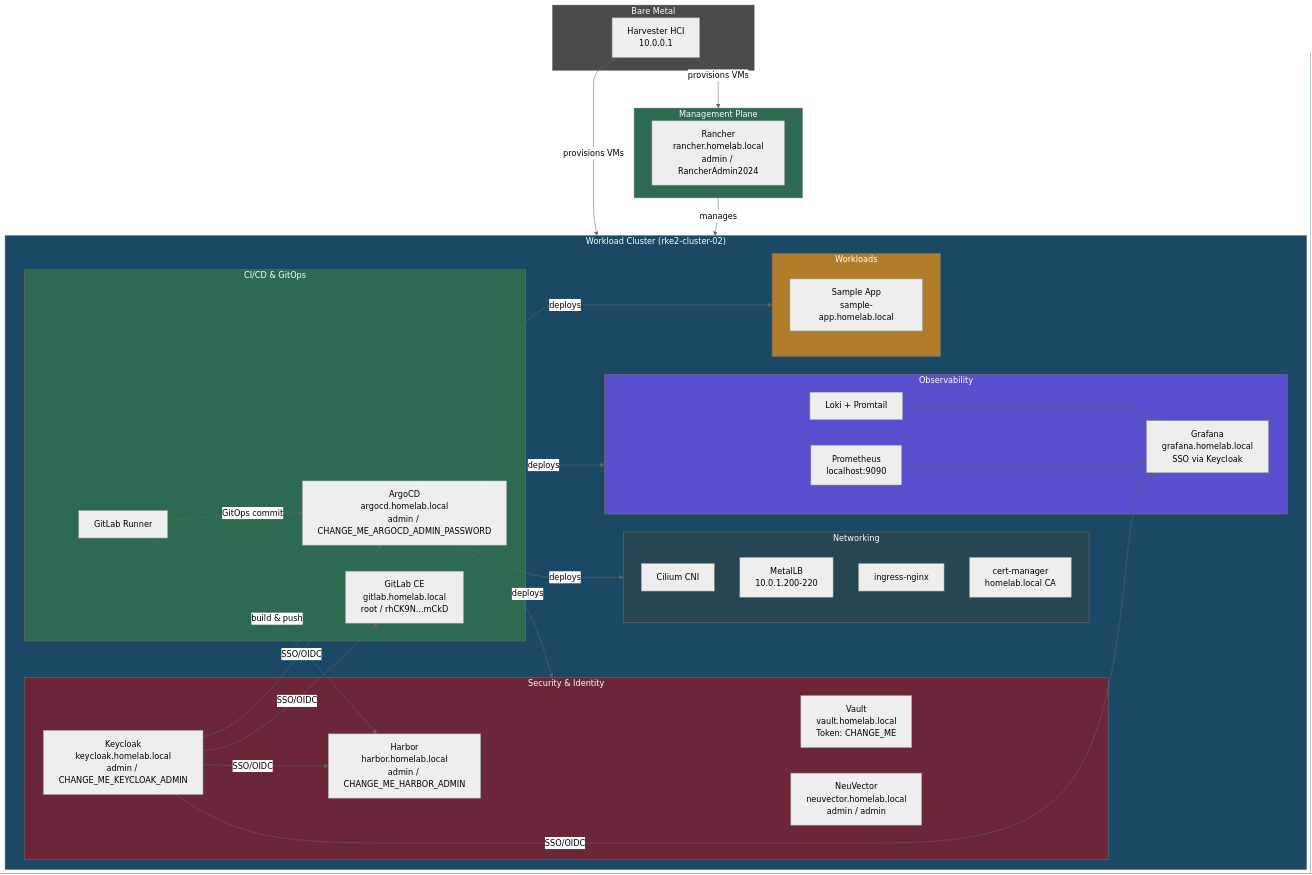
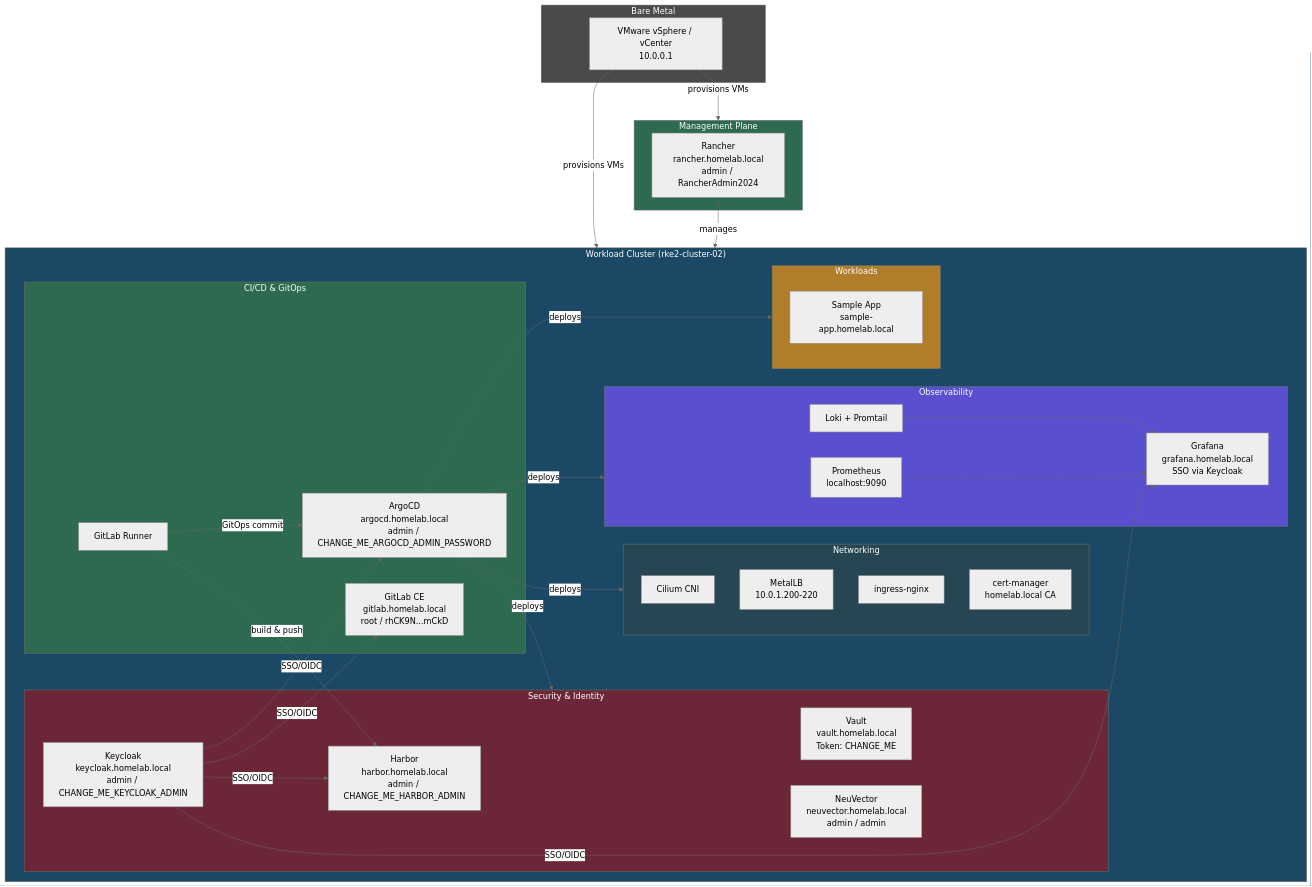
The fifth of 9 diagrams in README.md (kratos81/production-homelab), drawn with Mermaid (neutral theme) before and after one commit. The commit also changed other lines of this file and 14 other files, not shown here.

First line of the commit message:
Adapt infrastructure for VMware vSphere / vCenter

````diff
--- a/README.md
+++ b/README.md
@@ -356,60 +356,60 @@
 ```mermaid
 flowchart TB
     subgraph HW["Bare Metal"]
-        Harvester["Harvester HCI<br/>10.0.0.1"]
+        Harvester["VMware vSphere / vCenter<br/>10.0.0.1"]
     end
 
     subgraph Mgmt["Management Plane"]
         Rancher["Rancher<br/>rancher.homelab.local<br/>admin / RancherAdmin2024"]
     end
 
     subgraph Cluster["Workload Cluster (rke2-cluster-02)"]
         subgraph Net["Networking"]
             Cilium["Cilium CNI"]
             MetalLB["MetalLB<br/>10.0.1.200-220"]
             IngressNginx["ingress-nginx"]
             CertManager["cert-manager<br/>homelab.local CA"]
         end
 
         subgraph CICD["CI/CD & GitOps"]
             ArgoCD2["ArgoCD<br/>argocd.homelab.local<br/>admin / CHANGE_ME_ARGOCD_ADMIN_PASSWORD"]
             GitLab2["GitLab CE<br/>gitlab.homelab.local<br/>root / rhCK9N...mCkD"]
             Runner2["GitLab Runner"]
         end
 
         subgraph Sec["Security & Identity"]
             Vault2["Vault<br/>vault.homelab.local<br/>Token: CHANGE_ME"]
             Keycloak2["Keycloak<br/>keycloak.homelab.local<br/>admin / CHANGE_ME_KEYCLOAK_ADMIN"]
             Harbor2["Harbor<br/>harbor.homelab.local<br/>admin / CHANGE_ME_HARBOR_ADMIN"]
             NeuVector2["NeuVector<br/>neuvector.homelab.local<br/>admin / admin"]
         end
 
         subgraph Obs["Observability"]
             Prometheus2["Prometheus<br/>localhost:9090"]
             Grafana2["Grafana<br/>grafana.homelab.local<br/>SSO via Keycloak"]
             Loki2["Loki + Promtail"]
         end
 
         subgraph Work["Workloads"]
             App2["Sample App<br/>sample-app.homelab.local"]
         end
     end
 
     Harvester -->|"provisions VMs"| Mgmt & Cluster
     Rancher -->|"manages"| Cluster
     ArgoCD2 -->|"deploys"| Sec & Obs & Work & Net
     Runner2 -->|"build & push"| Harbor2
     Runner2 -->|"GitOps commit"| ArgoCD2
     Keycloak2 -->|"SSO/OIDC"| ArgoCD2 & Grafana2 & Harbor2 & GitLab2
     Prometheus2 --> Grafana2
     Loki2 --> Grafana2
 
     style HW fill:#4a4a4a,color:#fff
     style Mgmt fill:#2d6a4f,color:#fff
     style Cluster fill:#1b4965,color:#fff
     style Net fill:#264653,color:#fff
     style CICD fill:#2d6a4f,color:#fff
     style Sec fill:#6b2737,color:#fff
     style Obs fill:#5a4fcf,color:#fff
     style Work fill:#b07d2b,color:#fff
 ```
````
